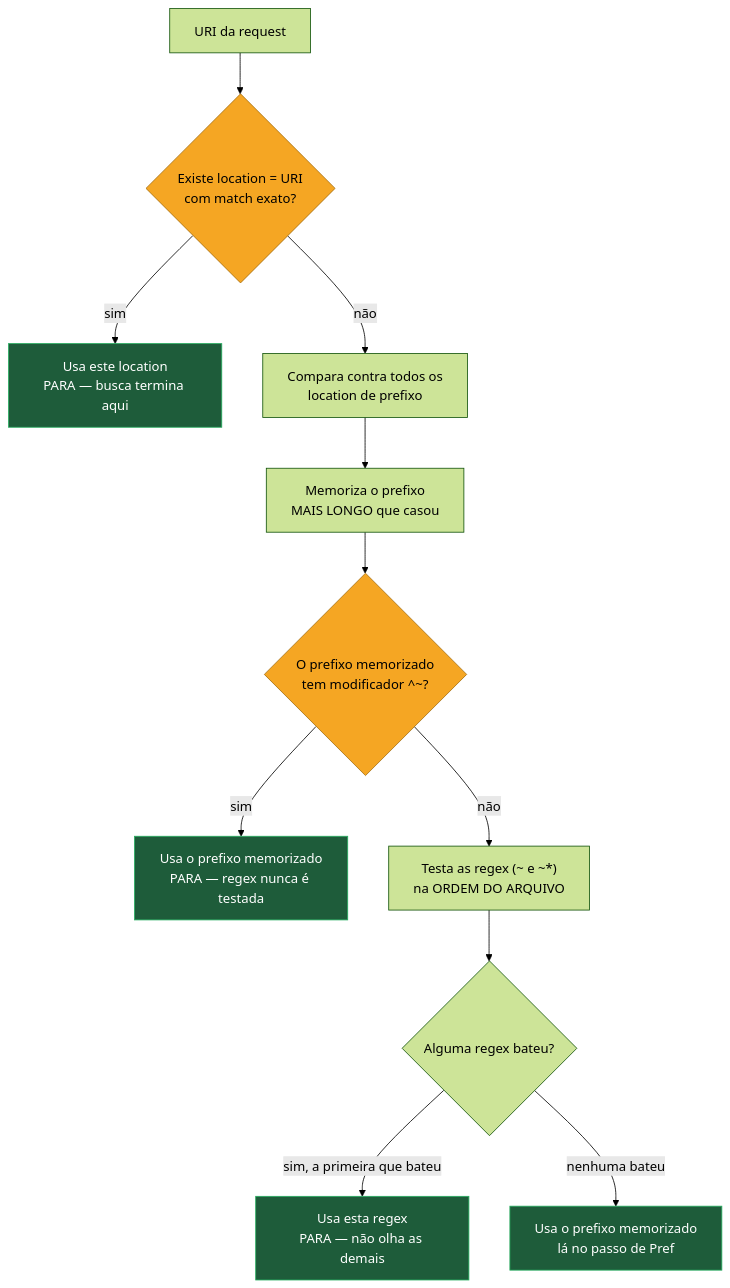
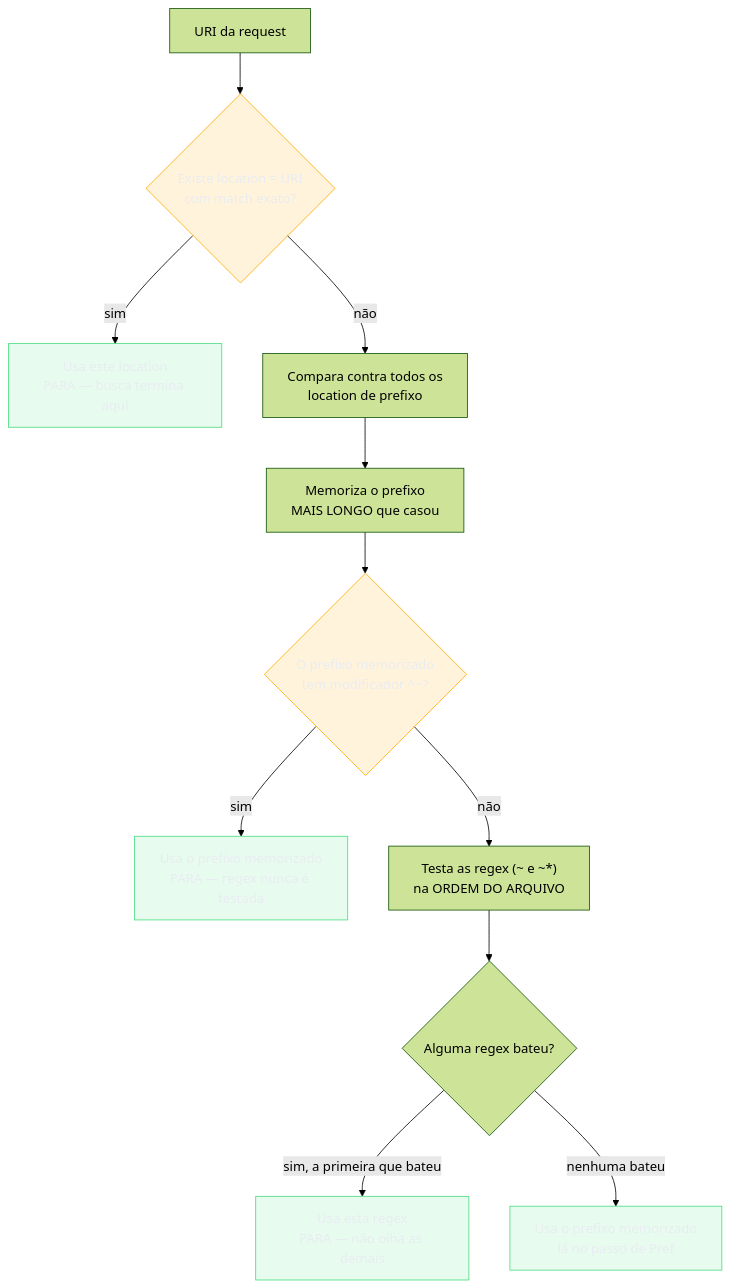
One commit to josenaldo/codex-technomanticus changed the diagram in 03-Dominios/Tecnologia/Infraestrutura/Nginx/04 - location e a tabela de precedência.md. Above: the diagram before and after it, drawn with Mermaid (forest theme). The commit also changed 1181 other files, not shown here.

First line of the commit message:
fix(diagramas): paleta do sistema no lugar de cor cravada no markdown

````diff
--- a/03-Dominios/Tecnologia/Infraestrutura/Nginx/04 - location e a tabela de precedência.md
+++ b/03-Dominios/Tecnologia/Infraestrutura/Nginx/04 - location e a tabela de precedência.md
@@ -38,20 +38,22 @@
 ```mermaid
 graph TD
+    classDef ok fill:#4ADE8021,stroke:#4ADE80,color:#E9ECF2
+    classDef destaque fill:#FFAA0024,stroke:#FFAA00,color:#E9ECF2
     U["URI da request"] --> Exato{"Existe location = URI<br/>com match exato?"}
     Exato -->|"sim"| M1["Usa este location<br/>PARA — busca termina aqui"]
     Exato -->|"não"| Pref["Compara contra todos os<br/>location de prefixo"]
     Pref --> Mem["Memoriza o prefixo<br/>MAIS LONGO que casou"]
     Mem --> Caret{"O prefixo memorizado<br/>tem modificador ^~?"}
     Caret -->|"sim"| M2["Usa o prefixo memorizado<br/>PARA — regex nunca é testada"]
     Caret -->|"não"| Regex["Testa as regex (~ e ~*)<br/>na ORDEM DO ARQUIVO"]
     Regex --> RMatch{"Alguma regex bateu?"}
     RMatch -->|"sim, a primeira que bateu"| M3["Usa esta regex<br/>PARA — não olha as demais"]
     RMatch -->|"nenhuma bateu"| M4["Usa o prefixo memorizado<br/>lá no passo de Pref"]
 
-    style M1 fill:#1e5c3a,stroke:#27ae60,color:#fff
-    style M2 fill:#1e5c3a,stroke:#27ae60,color:#fff
-    style M3 fill:#1e5c3a,stroke:#27ae60,color:#fff
-    style M4 fill:#1e5c3a,stroke:#27ae60,color:#fff
-    style Exato fill:#F5A623,stroke:#a66f10,color:#000
-    style Caret fill:#F5A623,stroke:#a66f10,color:#000
+    class M1 ok
+    class M2 ok
+    class M3 ok
+    class M4 ok
+    class Exato destaque
+    class Caret destaque
 ```
````
